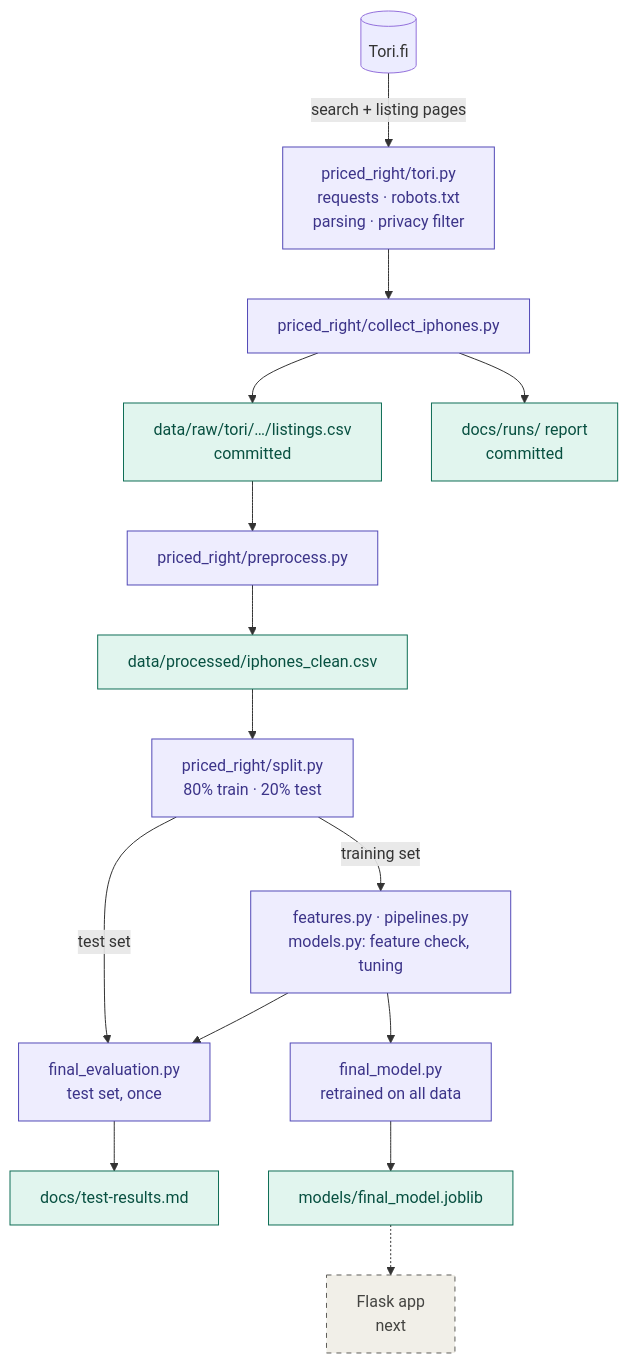
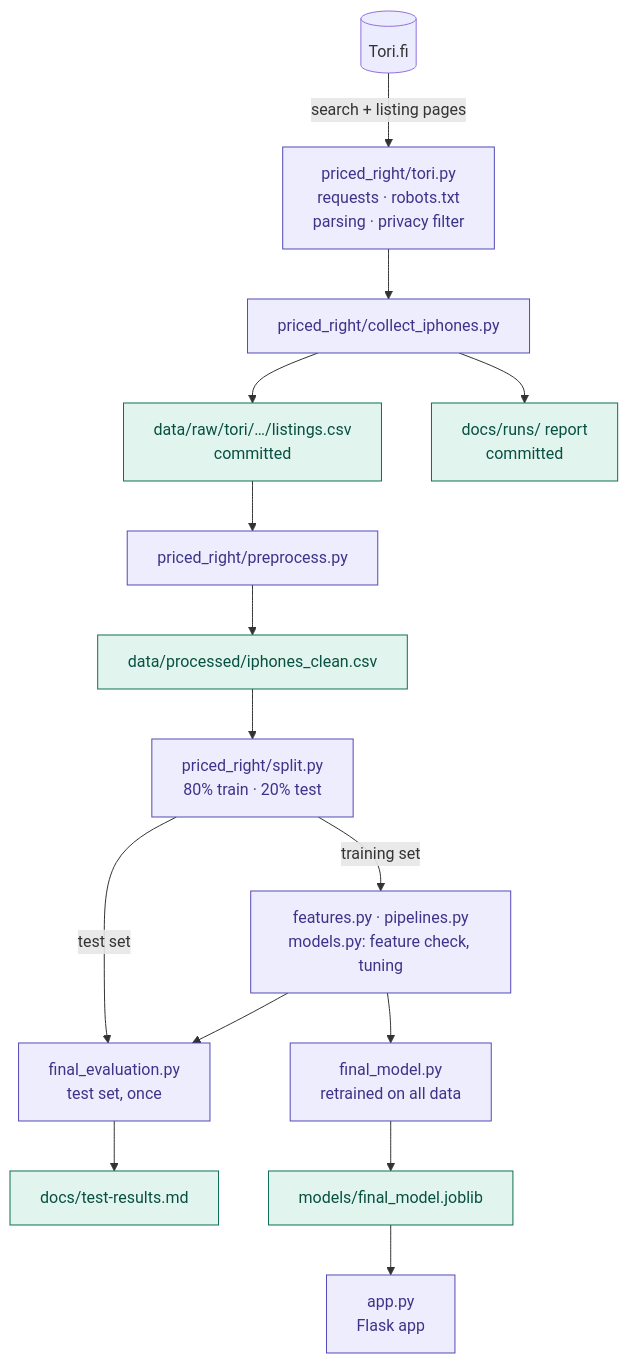
One commit to HashirSalam/priced-right changed the second of 2 diagrams in README.md. Above: the diagram before and after it, drawn with Mermaid. The commit also changed other lines of this file and 11 other files, not shown here.

````diff
--- a/README.md
+++ b/README.md
@@ -223,24 +230,23 @@
 ```mermaid
 flowchart TB
     tori[("Tori.fi")] -->|search + listing pages| client["priced_right/tori.py<br/>requests · robots.txt<br/>parsing · privacy filter"]
     client --> collect["priced_right/collect_iphones.py"]
     collect --> raw["data/raw/tori/…/listings.csv<br/>committed"]
     collect --> reports["docs/runs/ report<br/>committed"]
     raw --> prep["priced_right/preprocess.py"]
     prep --> clean["data/processed/iphones_clean.csv"]
     clean --> split["priced_right/split.py<br/>80% train · 20% test"]
     split -->|training set| select["features.py · pipelines.py<br/>models.py: feature check, tuning"]
     select --> final_eval["final_evaluation.py<br/>test set, once"]
     split -->|test set| final_eval
     final_eval --> results["docs/test-results.md"]
     select --> final_model["final_model.py<br/>retrained on all data"]
     final_model --> saved["models/final_model.joblib"]
-    saved -.-> app["Flask app<br/>next"]
+    saved --> app["app.py<br/>Flask app"]
 
     classDef code fill:#EEEDFE,stroke:#534AB7,color:#3C3489
     classDef data fill:#E1F5EE,stroke:#0F6E56,color:#085041
     classDef todo fill:#F1EFE8,stroke:#5F5E5A,color:#444441,stroke-dasharray: 5 5
-    class client,collect,prep,split,select,final_eval,final_model code
+    class client,collect,prep,split,select,final_eval,final_model,app code
     class raw,reports,clean,results,saved data
-    class app todo
 ```
````
